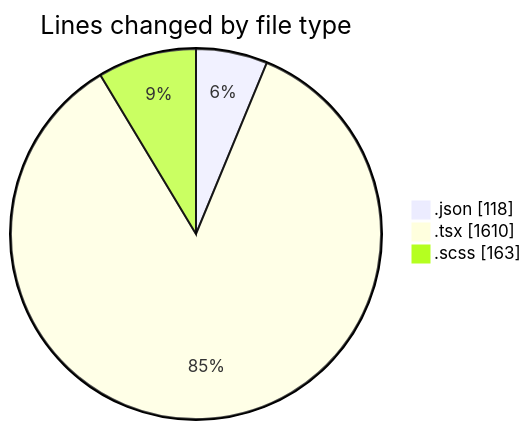
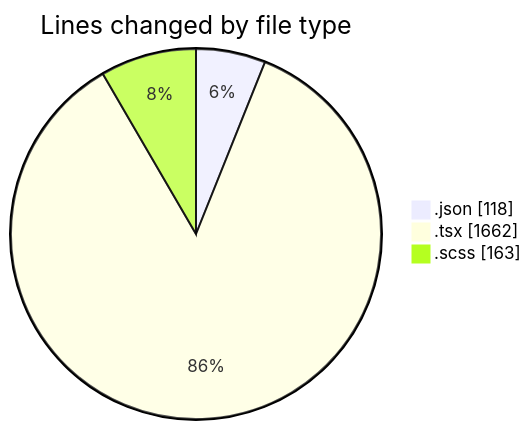
One commit to momahboobian/code-tracking changed the first of 2 diagrams in 2025-11-19/cda/README.md. Above: the diagram before and after it, drawn with Mermaid. The commit also changed other lines of this file and 1 other file, not shown here.

````diff
--- a/2025-11-19/cda/README.md
+++ b/2025-11-19/cda/README.md
@@ -22,7 +22,7 @@
 ```mermaid
 pie showData
 title Lines changed by file type
 ".json" : 118
-".tsx" : 1610
+".tsx" : 1662
 ".scss" : 163
 ```
````
